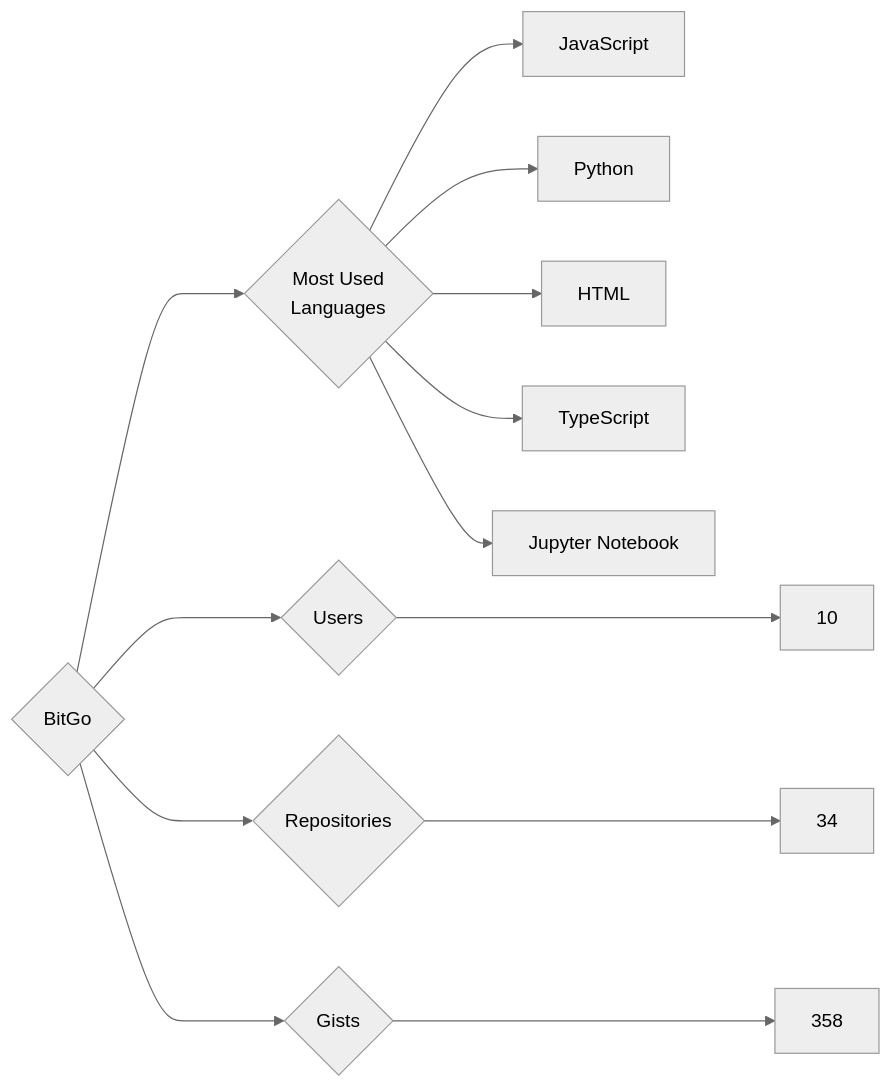
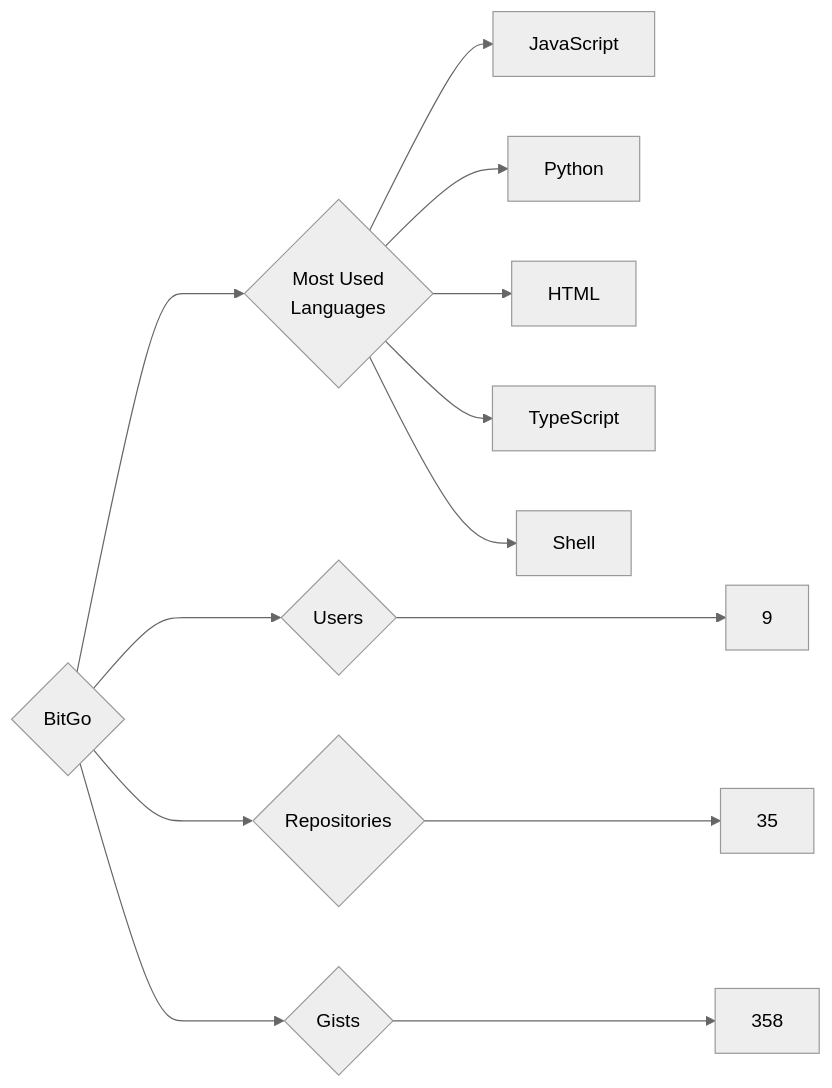
Before and after one commit to trickest/insiders: the diagram in targets/BitGo/README.md, drawn with Mermaid (neutral theme). The commit also changed 611 other files, not shown here.

````diff
--- a/targets/BitGo/README.md
+++ b/targets/BitGo/README.md
@@ -3,13 +3,13 @@
 ```mermaid
 graph LR
 COMPANY_NAME{BitGo}
-COMPANY_NAME ---> U{Users} ---> UN[10]
-COMPANY_NAME ---> R{Repositories} ---> RN[34]
+COMPANY_NAME ---> U{Users} ---> UN[9]
+COMPANY_NAME ---> R{Repositories} ---> RN[35]
 COMPANY_NAME ---> G{Gists} ---> GN[358]
 COMPANY_NAME ---> ML{Most Used<br>Languages}
 ML --> JavaScript[JavaScript]
 ML --> Python[Python]
 ML --> HTML[HTML]
 ML --> TypeScript[TypeScript]
-ML --> Jupyter_Notebook[Jupyter Notebook]
+ML --> Shell[Shell]
 ```
````
